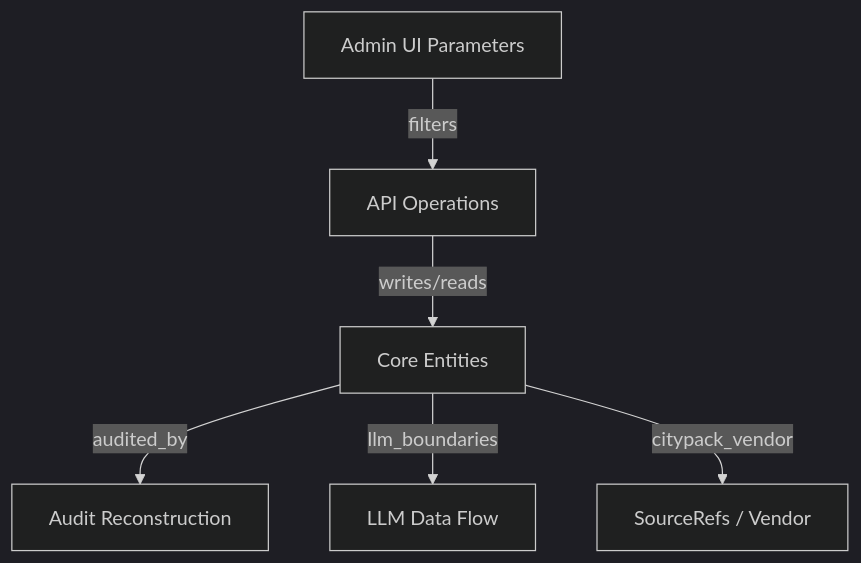
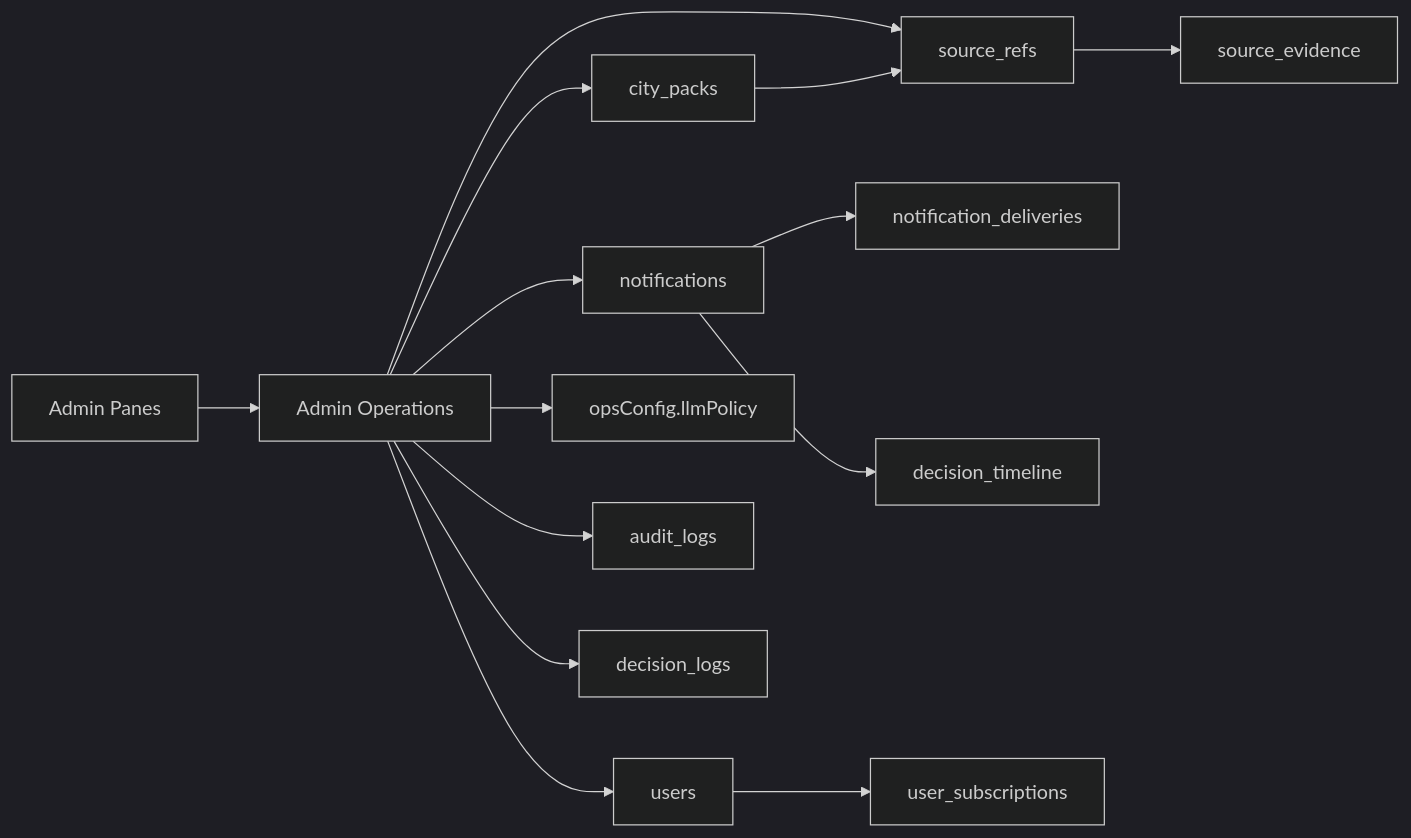
One commit to parentyai/member changed the diagram in docs/knowledge-graph/ADMIN_UI_DATA_RELATION_MAP.md. Above: the diagram before and after it, drawn with Mermaid (dark theme). The commit also changed other lines of this file and 5 other files, not shown here.

Commit message:
docs(admin-ui): fix redesign knowledge-graph baseline for workbench planning

````diff
--- a/docs/knowledge-graph/ADMIN_UI_DATA_RELATION_MAP.md
+++ b/docs/knowledge-graph/ADMIN_UI_DATA_RELATION_MAP.md
@@ -6,8 +28,18 @@
 ```mermaid
-graph TD
-  UI["Admin UI Parameters"] -->|"filters"| Ops["API Operations"]
-  Ops["API Operations"] -->|"writes/reads"| Entities["Core Entities"]
-  Entities["Core Entities"] -->|"audited_by"| Evidence["Audit Reconstruction"]
-  Entities["Core Entities"] -->|"llm_boundaries"| LLM["LLM Data Flow"]
-  Entities["Core Entities"] -->|"citypack_vendor"| Vendor["SourceRefs / Vendor"]
+graph LR
+  UI["Admin Panes"] --> OP["Admin Operations"]
+  OP --> N["notifications"]
+  OP --> CP["city_packs"]
+  OP --> U["users"]
+  OP --> SR["source_refs"]
+  OP --> OC["opsConfig.llmPolicy"]
+
+  N --> ND["notification_deliveries"]
+  N --> DT["decision_timeline"]
+  CP --> SR
+  SR --> SE["source_evidence"]
+  U --> US["user_subscriptions"]
+
+  OP --> AL["audit_logs"]
+  OP --> DL["decision_logs"]
 ```
````
